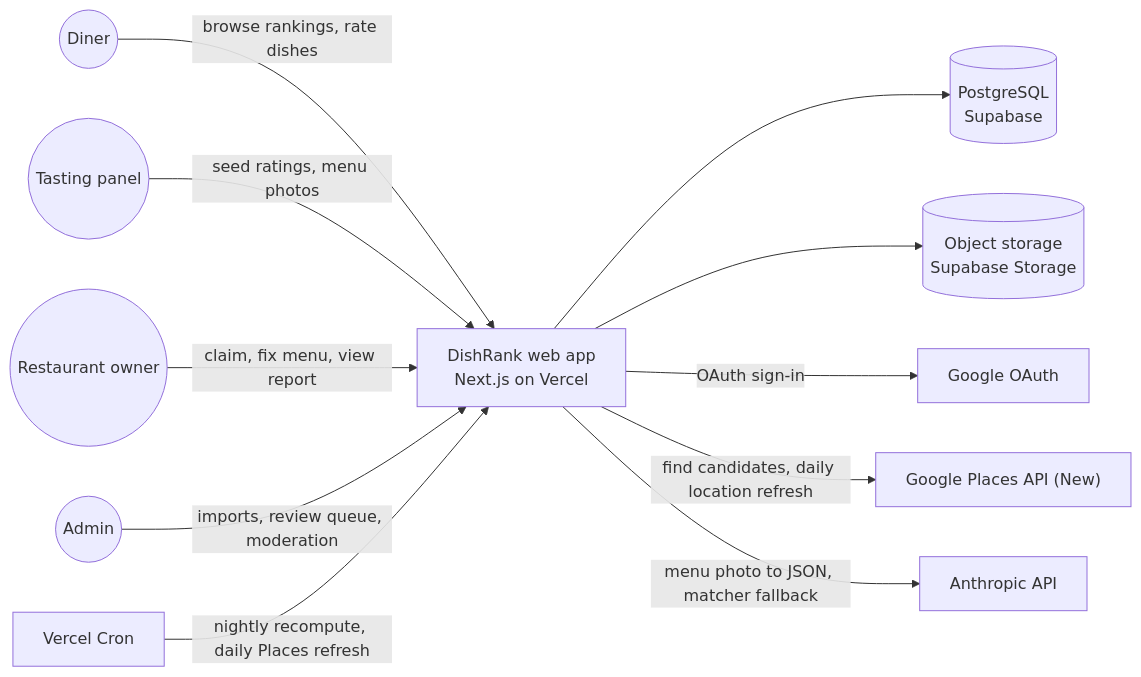
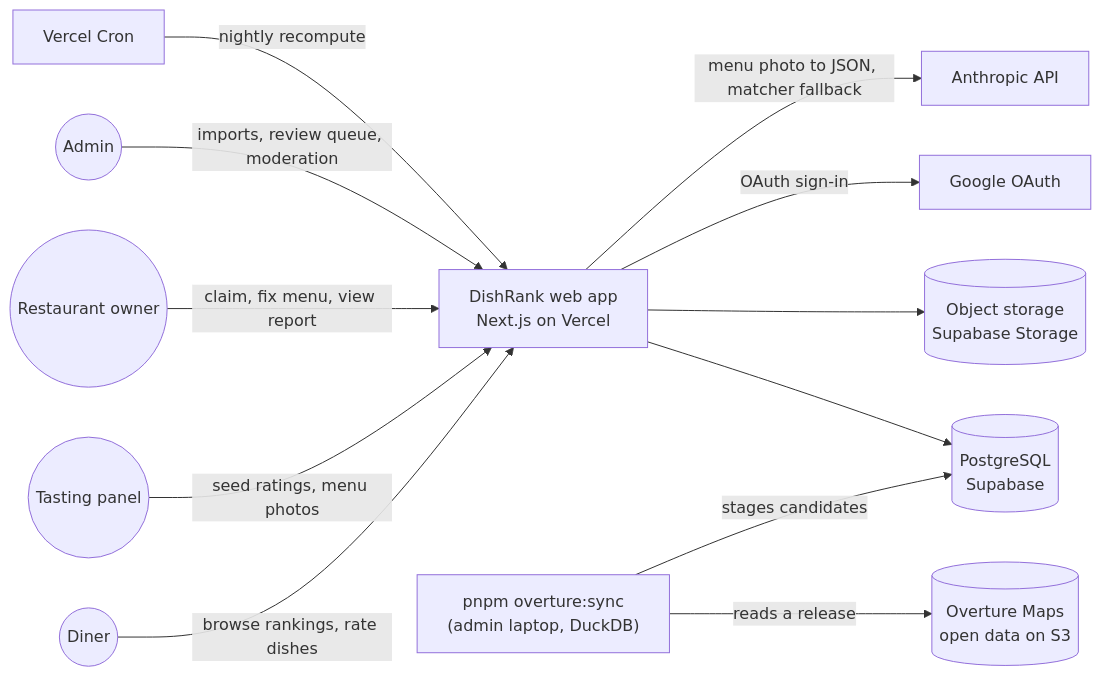
One commit to JawadSarfraz/dishrank changed the first of 8 diagrams in docs/02-ARCHITECTURE.md. Above: the diagram before and after it, drawn with Mermaid. The commit also changed other lines of this file and 19 other files, not shown here.

````diff
--- a/docs/02-ARCHITECTURE.md
+++ b/docs/02-ARCHITECTURE.md
@@ -15,13 +15,14 @@
 ```mermaid
 flowchart LR
   Diner((Diner)) -->|browse rankings, rate dishes| App["DishRank web app<br/>Next.js on Vercel"]
   Panel((Tasting panel)) -->|seed ratings, menu photos| App
   Owner((Restaurant owner)) -->|claim, fix menu, view report| App
   Admin((Admin)) -->|imports, review queue, moderation| App
   App --> DB[("PostgreSQL<br/>Supabase")]
   App --> Store[("Object storage<br/>Supabase Storage")]
   App -->|OAuth sign-in| GAuth["Google OAuth"]
-  App -->|find candidates, daily location refresh| Places["Google Places API (New)"]
   App -->|menu photo to JSON, matcher fallback| LLM["Anthropic API"]
-  Cron["Vercel Cron"] -->|nightly recompute, daily Places refresh| App
+  Sync["pnpm overture:sync<br/>(admin laptop, DuckDB)"] -->|reads a release| Overture[("Overture Maps<br/>open data on S3")]
+  Sync -->|stages candidates| DB
+  Cron["Vercel Cron"] -->|nightly recompute| App
 ```
````
